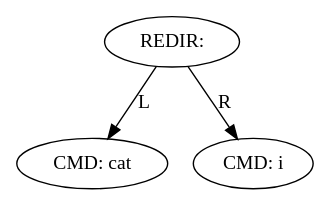
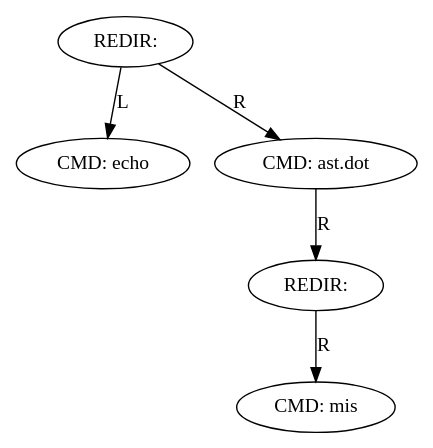
One commit to elachyry/minishell changed the diagram in ast.dot. Above: the diagram before and after it, drawn with Graphviz. The commit also changed 9 other files, not shown here.

```diff
--- a/ast.dot
+++ b/ast.dot
@@ -1,7 +1,11 @@
 digraph AST {
-"0x7f9dd6e00220" [label="REDIR: "];
-"0x7f9dd6e00220" -> "0x7f9dd6e00170" [label="L"];
-"0x7f9dd6e00170" [label="CMD: cat"];
-"0x7f9dd6e00220" -> "0x7f9dd6e00240" [label="R"];
-"0x7f9dd6e00240" [label="CMD: i"];
+"0x6030000010c0" [label="REDIR: "];
+"0x6030000010c0" -> "0x6030000010f0" [label="L"];
+"0x6030000010f0" [label="CMD: echo"];
+"0x6030000010c0" -> "0x603000001120" [label="R"];
+"0x603000001120" [label="CMD: ast.dot"];
+"0x603000001120" -> "0x603000001150" [label="R"];
+"0x603000001150" [label="REDIR: "];
+"0x603000001150" -> "0x603000001180" [label="R"];
+"0x603000001180" [label="CMD: mis"];
 }
```
